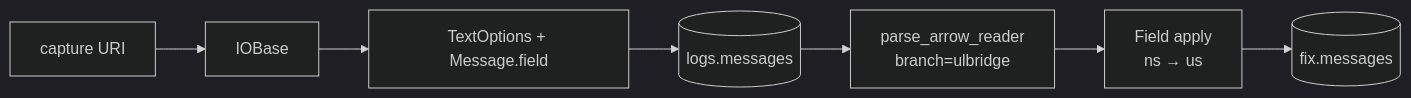
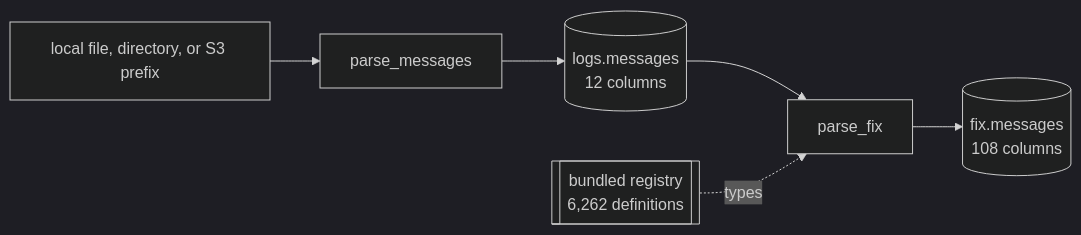
Before and after one commit to Platob/yggfin: the diagram in docs/pipeline/index.md, drawn with Mermaid (dark theme). The commit also changed other lines of this file and 314 other files, not shown here.

````diff
--- a/docs/pipeline/index.md
+++ b/docs/pipeline/index.md
@@ -5,9 +5,8 @@
 ```mermaid
 flowchart LR
-    U["capture URI"] --> I["IOBase"]
-    I --> T["TextOptions + Message.field"]
-    T --> M[("logs.messages")]
-    M --> F["parse_arrow_reader<br/>branch=ulbridge"]
-    F --> A["Field apply<br/>ns → us"]
-    A --> X[("fix.messages")]
+    U["local file, directory, or S3 prefix"] --> T["parse_messages"]
+    T --> M[("logs.messages<br/>12 columns")]
+    M --> F["parse_fix"]
+    R[["bundled registry<br/>6,262 definitions"]] -.types.-> F
+    F --> X[("fix.messages<br/>108 columns")]
 ```
````
